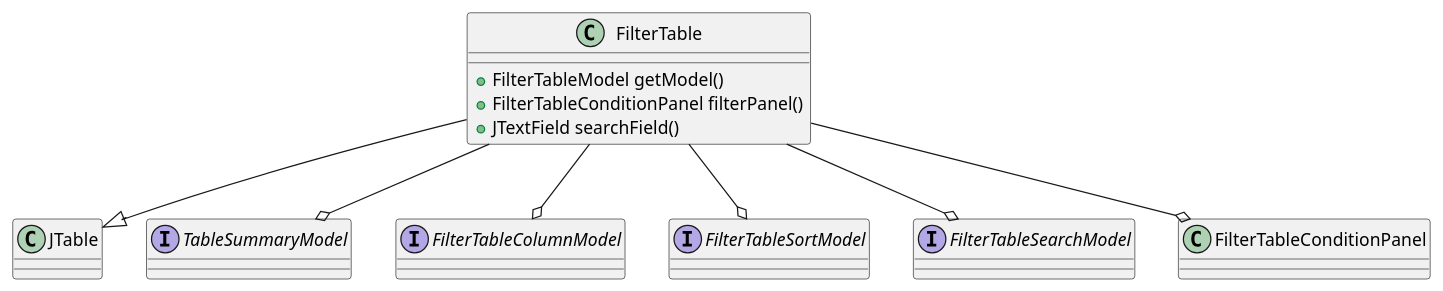
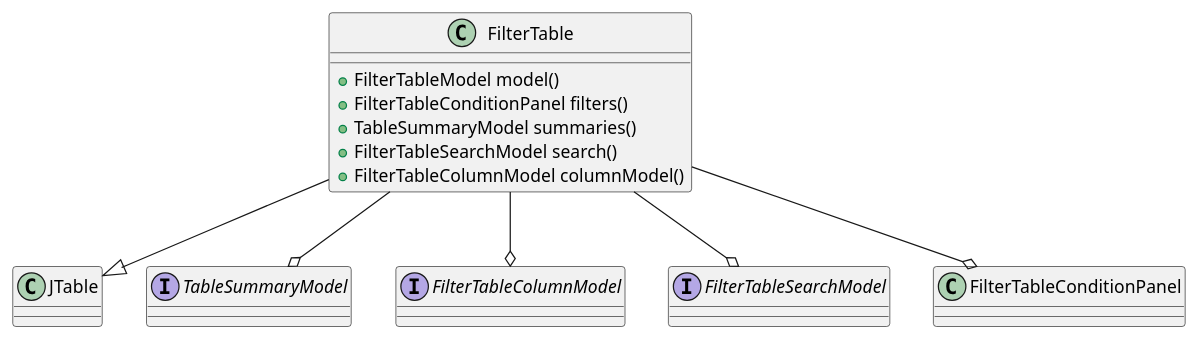
One commit to codion-is/codion changed the diagram in documentation/src/docs/asciidoc/manual/common-ui-table.adoc. Above: the diagram before and after it, drawn with PlantUML. The commit also changed other lines of this file and 14 other files, not shown here.

```diff
--- a/documentation/src/docs/asciidoc/manual/common-ui-table.adoc
+++ b/documentation/src/docs/asciidoc/manual/common-ui-table.adoc
@@ -7,29 +7,28 @@
 [plantuml,filter-table-diagram,svg,align=center]
 -------------------------------------------
+
+class FilterTable {
+    +FilterTableModel model()
+    +FilterTableConditionPanel filters()
+    +TableSummaryModel summaries()
+    +FilterTableSearchModel search()
+    +FilterTableColumnModel columnModel()
+}
 
 class JTable {}
 
 interface TableSummaryModel {}
 
 interface FilterTableColumnModel {}
 
-interface FilterTableSortModel {}
-
 interface FilterTableSearchModel {}
-
-class FilterTable {
-    +FilterTableModel getModel()
-    +FilterTableConditionPanel filterPanel()
-    +JTextField searchField()
-}
 
 class FilterTableConditionPanel {}
 
 FilterTable --|> JTable
 FilterTable --o FilterTableConditionPanel
 FilterTable --o TableSummaryModel
 FilterTable --o FilterTableColumnModel
-FilterTable --o FilterTableSortModel
 FilterTable --o FilterTableSearchModel
 
 -------------------------------------------
```
